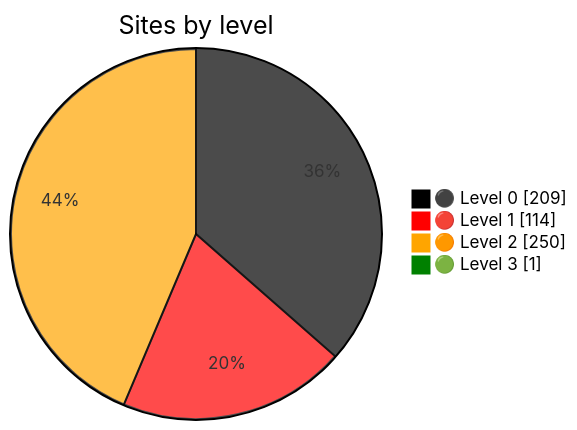
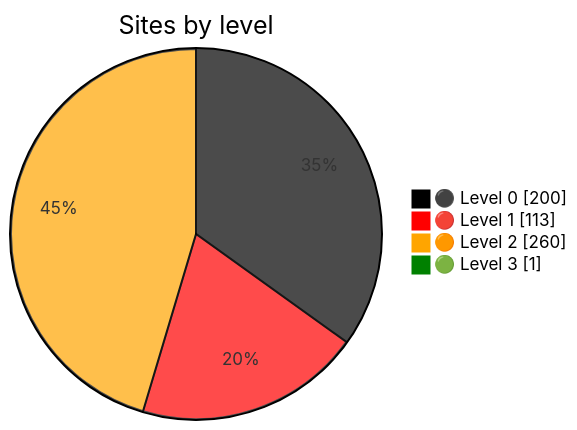
Before and after one commit to Dushmilan/gov_lk_web_auditor: the diagram in README.md, drawn with Mermaid. The commit also changed other lines of this file and 2624 other files, not shown here.

````diff
--- a/README.md
+++ b/README.md
@@ -24,9 +24,9 @@
 ```mermaid
 %%{init: {"themeVariables":{"pie1":"black","pie2":"red","pie3":"orange","pie4":"green"}}}%%
 pie showData
     title Sites by level
-    "⚫ Level 0" : 209
-    "🔴 Level 1" : 114
-    "🟠 Level 2" : 250
+    "⚫ Level 0" : 200
+    "🔴 Level 1" : 113
+    "🟠 Level 2" : 260
     "🟢 Level 3" : 1
 ```
````
